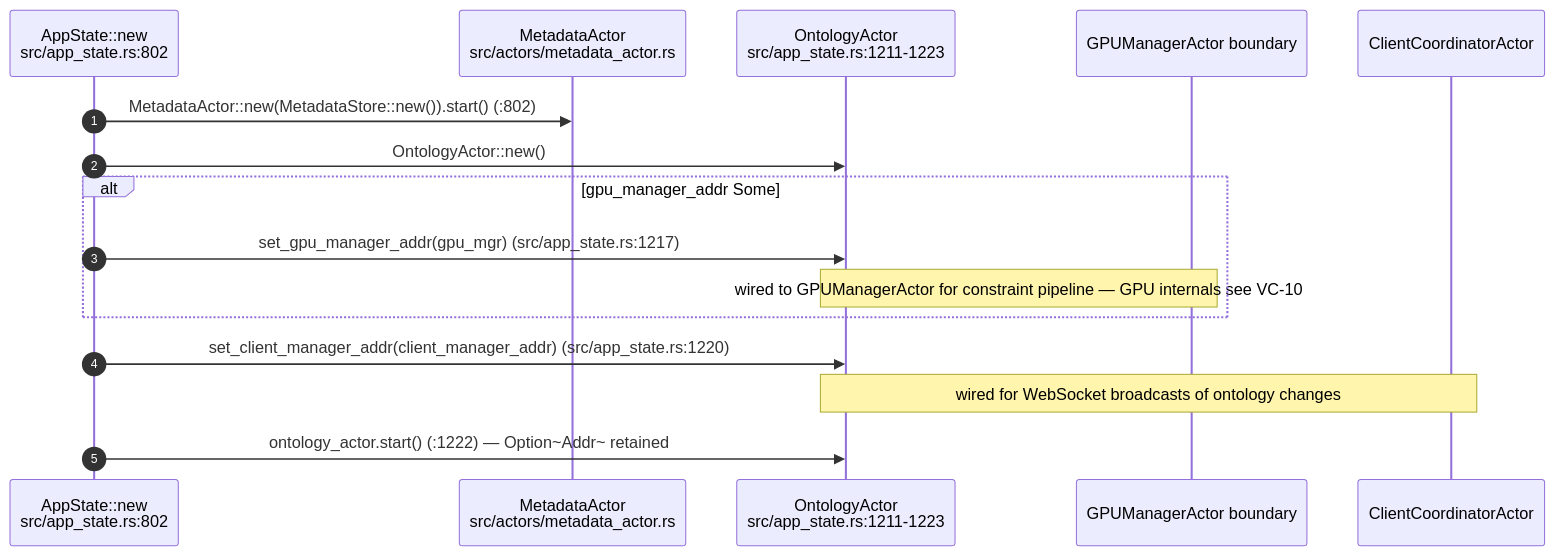
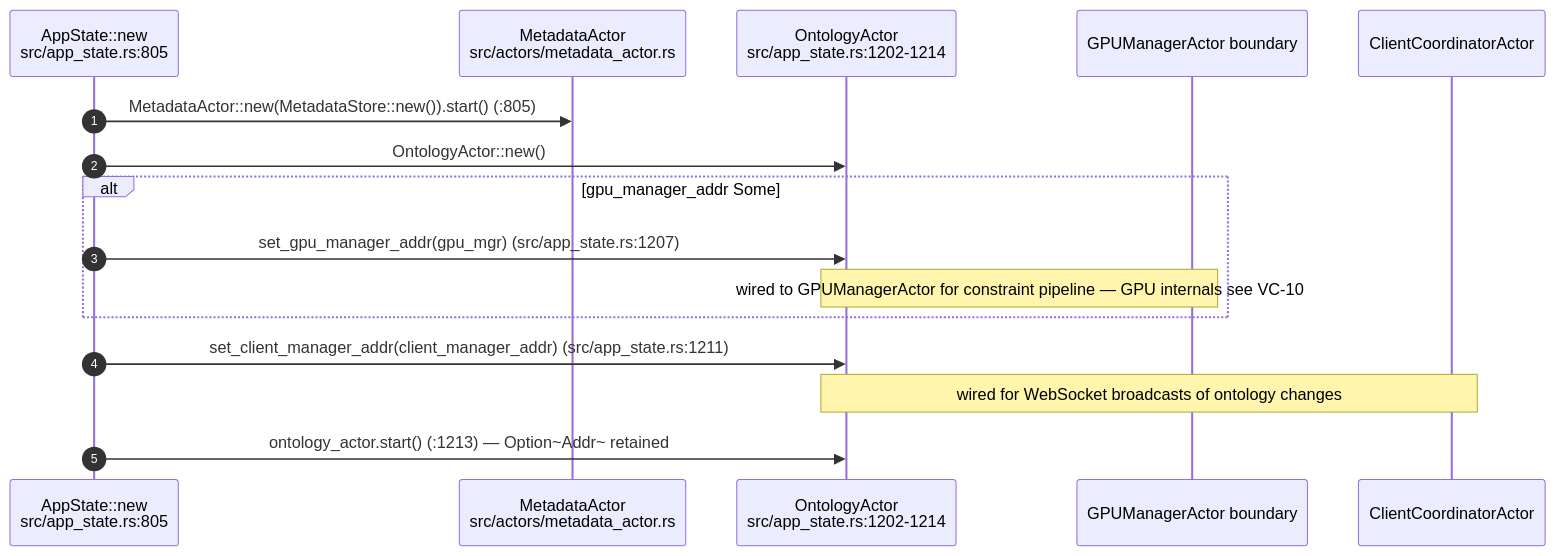
One commit to DreamLab-AI/AR-AI-Knowledge-Graph changed diagram 14 of 20 in docs/diagrams/visionclaw/02-actor-supervision.md. Above: the diagram before and after it, drawn with Mermaid. The commit also changed other lines of this file and 172 other files, not shown here.

````diff
--- a/docs/diagrams/visionclaw/02-actor-supervision.md
+++ b/docs/diagrams/visionclaw/02-actor-supervision.md
@@ -489,19 +479,19 @@
 ```mermaid
 sequenceDiagram
     autonumber
-    participant APP as AppState::new<br/>src/app_state.rs:802
+    participant APP as AppState::new<br/>src/app_state.rs:805
     participant MD as MetadataActor<br/>src/actors/metadata_actor.rs
-    participant ONT as OntologyActor<br/>src/app_state.rs:1211-1223
+    participant ONT as OntologyActor<br/>src/app_state.rs:1202-1214
     participant GPU as GPUManagerActor boundary
     participant CC as ClientCoordinatorActor
 
-    APP->>MD: MetadataActor::new(MetadataStore::new()).start() (:802)
+    APP->>MD: MetadataActor::new(MetadataStore::new()).start() (:805)
     APP->>ONT: OntologyActor::new()
     alt gpu_manager_addr Some
-        APP->>ONT: set_gpu_manager_addr(gpu_mgr) (src/app_state.rs:1217)
+        APP->>ONT: set_gpu_manager_addr(gpu_mgr) (src/app_state.rs:1207)
         Note over ONT,GPU: wired to GPUManagerActor for constraint pipeline — GPU internals see VC-10
     end
-    APP->>ONT: set_client_manager_addr(client_manager_addr) (src/app_state.rs:1220)
+    APP->>ONT: set_client_manager_addr(client_manager_addr) (src/app_state.rs:1211)
     Note over ONT,CC: wired for WebSocket broadcasts of ontology changes
-    APP->>ONT: ontology_actor.start() (:1222) — Option~Addr~ retained
+    APP->>ONT: ontology_actor.start() (:1213) — Option~Addr~ retained
 ```
````
